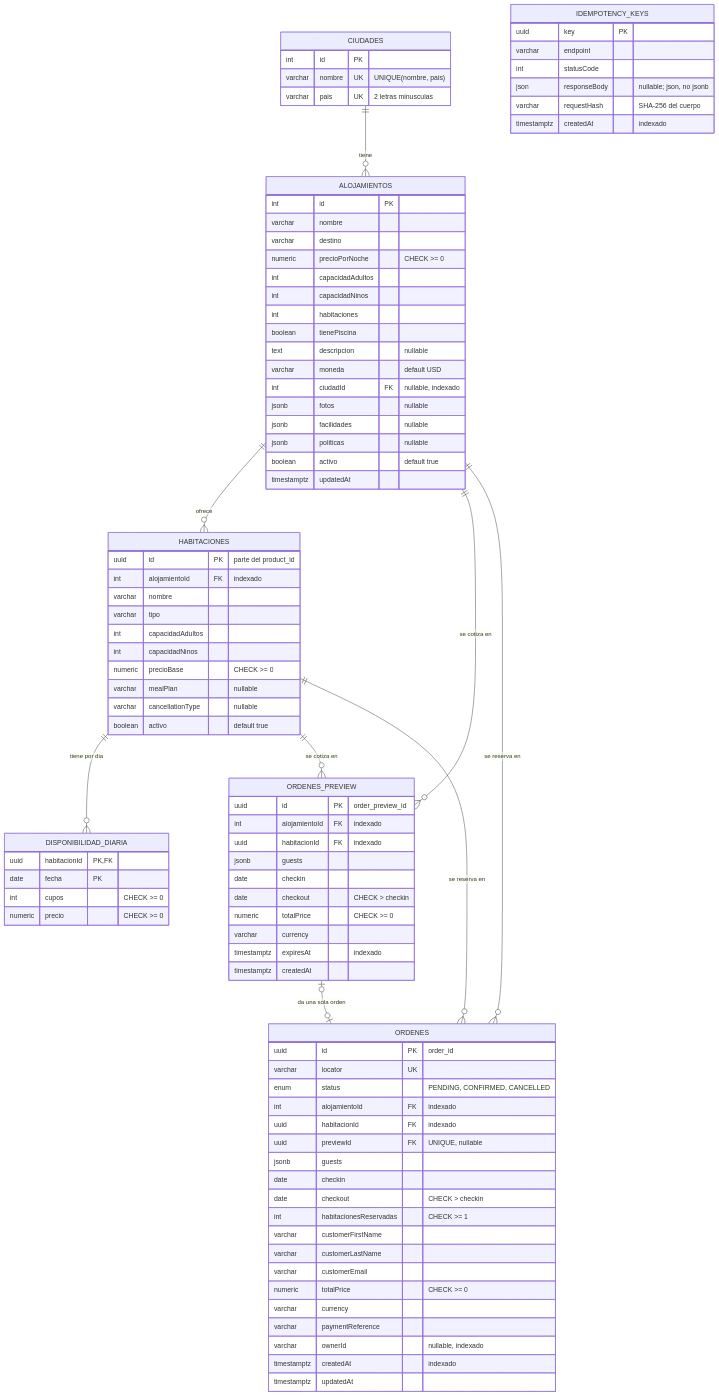
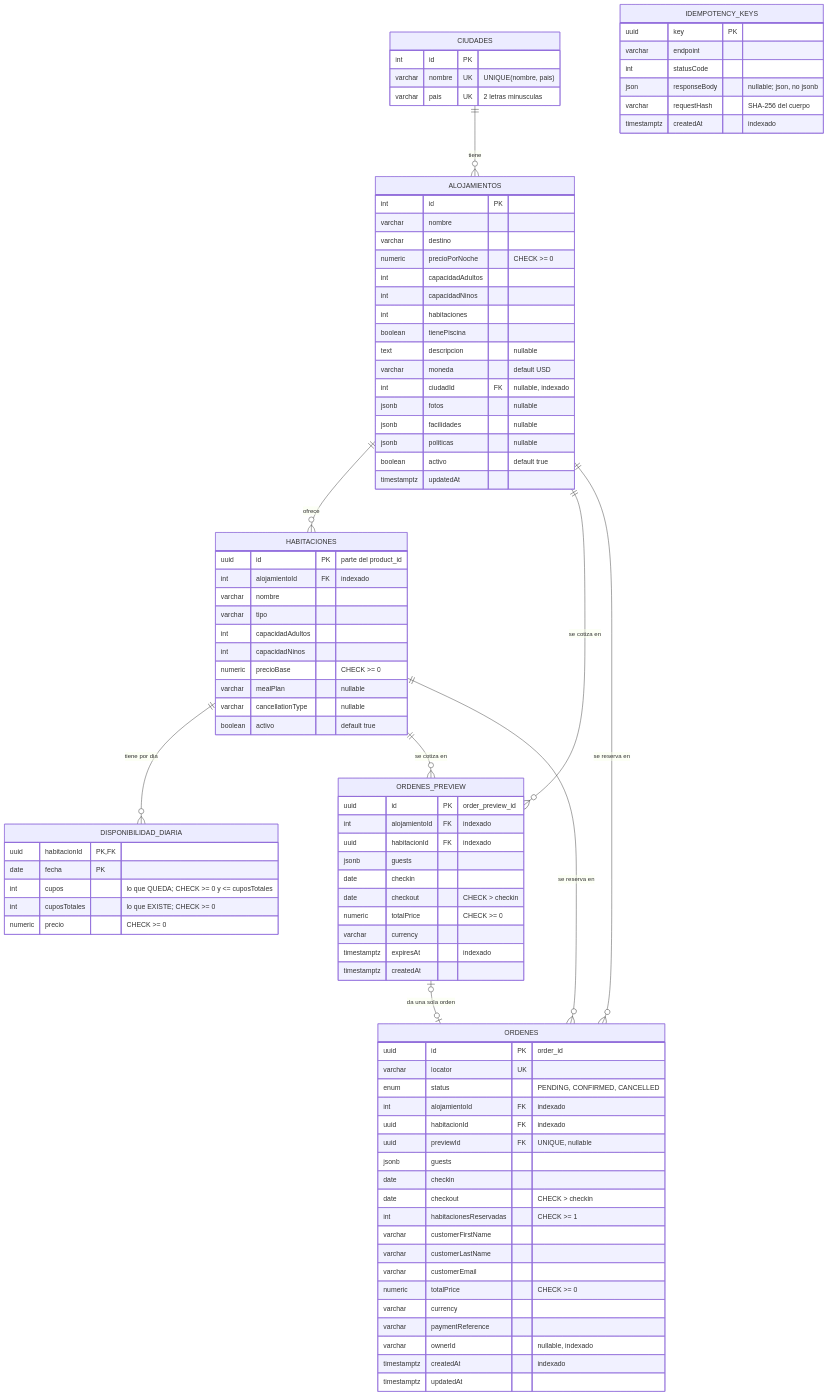
One commit to sebasgala/cozy changed the diagram in docs/modelo-datos.md. Above: the diagram before and after it, drawn with Mermaid. The commit also changed other lines of this file and 27 other files, not shown here.

```diff
--- a/docs/modelo-datos.md
+++ b/docs/modelo-datos.md
@@ -88,7 +89,8 @@
     DISPONIBILIDAD_DIARIA {
         uuid habitacionId PK, FK
         date fecha PK
-        int cupos "CHECK >= 0"
+        int cupos "lo que QUEDA; CHECK >= 0 y <= cuposTotales"
+        int cuposTotales "lo que EXISTE; CHECK >= 0"
         numeric precio "CHECK >= 0"
     }
 
```
